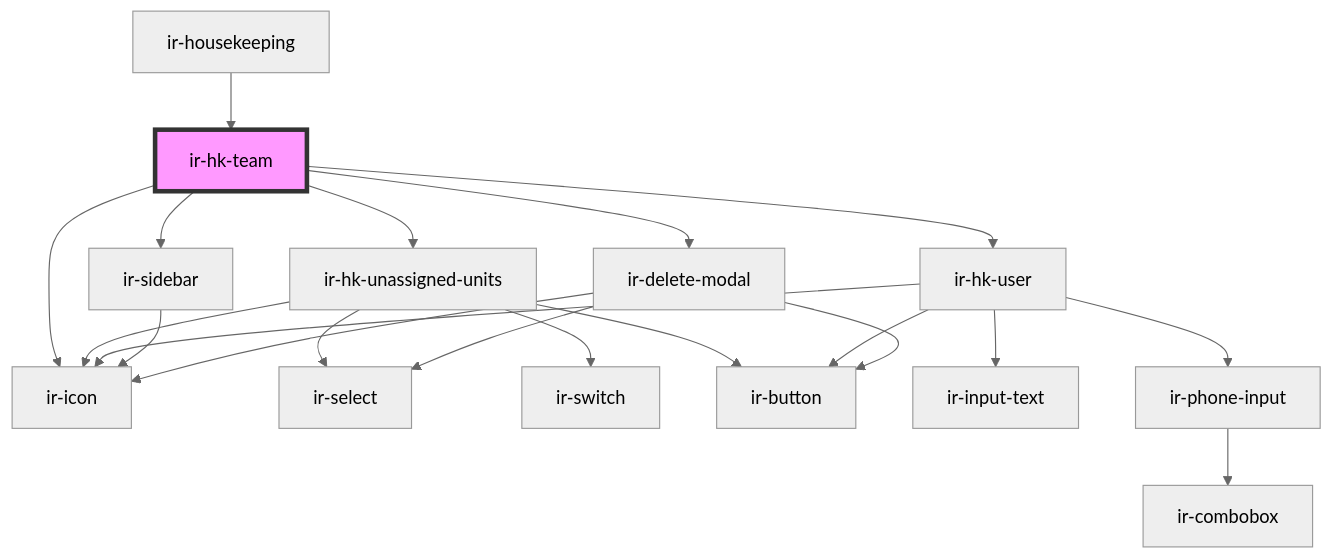
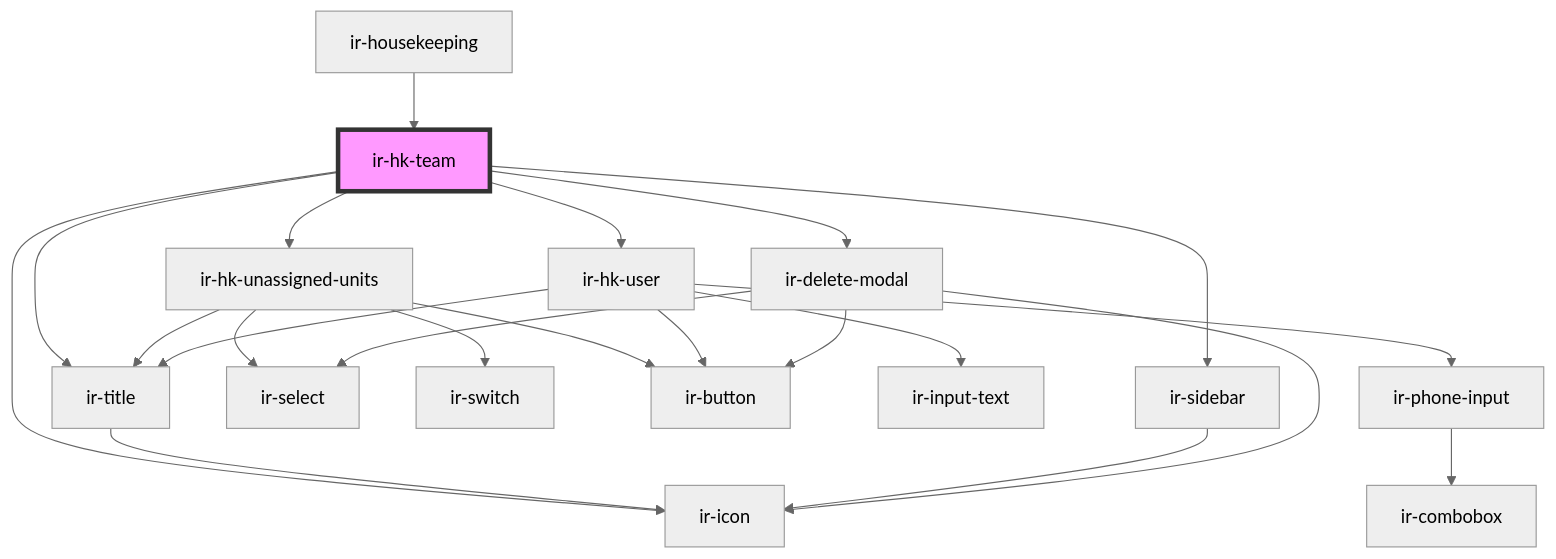
Before and after one commit to David1Chowaifaty/modified-ir-webcmp: the diagram in src/components/ir-housekeeping/ir-hk-team/readme.md, drawn with Mermaid (neutral theme). The commit also changed other lines of this file and 16 other files, not shown here.

````diff
--- a/src/components/ir-housekeeping/ir-hk-team/readme.md
+++ b/src/components/ir-housekeeping/ir-hk-team/readme.md
@@ -23,23 +24,25 @@
 ```mermaid
 graph TD;
   ir-hk-team --> ir-hk-unassigned-units
   ir-hk-team --> ir-hk-user
+  ir-hk-team --> ir-title
   ir-hk-team --> ir-icon
   ir-hk-team --> ir-sidebar
   ir-hk-team --> ir-delete-modal
   ir-hk-unassigned-units --> ir-select
   ir-hk-unassigned-units --> ir-switch
-  ir-hk-unassigned-units --> ir-icon
+  ir-hk-unassigned-units --> ir-title
   ir-hk-unassigned-units --> ir-button
-  ir-hk-user --> ir-icon
+  ir-title --> ir-icon
+  ir-hk-user --> ir-title
   ir-hk-user --> ir-input-text
   ir-hk-user --> ir-phone-input
   ir-hk-user --> ir-button
   ir-phone-input --> ir-combobox
   ir-sidebar --> ir-icon
   ir-delete-modal --> ir-icon
   ir-delete-modal --> ir-select
   ir-delete-modal --> ir-button
   ir-housekeeping --> ir-hk-team
   style ir-hk-team fill:#f9f,stroke:#333,stroke-width:4px
 ```
````
